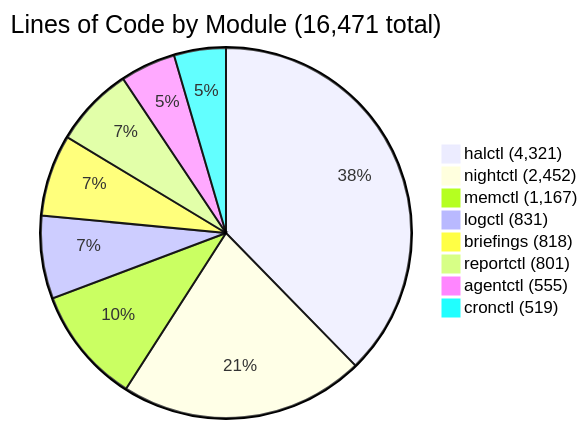
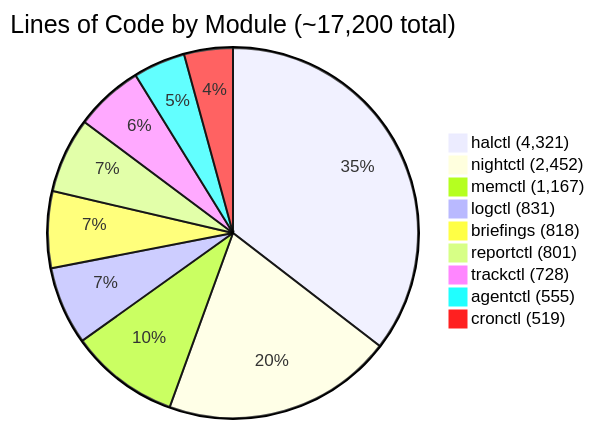
The second of 4 diagrams in docs/d1/walkthrough/009-halos-ecosystem.md (rickhallett/halo), drawn with Mermaid before and after one commit. The commit also changed other lines of this file and 10 other files, not shown here.

First line of the commit message:
docs: walkthrough drift audit + system schematic in CLAUDE.md

````diff
--- a/docs/d1/walkthrough/009-halos-ecosystem.md
+++ b/docs/d1/walkthrough/009-halos-ecosystem.md
@@ -74,11 +77,12 @@
 ```mermaid
-pie title Lines of Code by Module (16,471 total)
+pie title Lines of Code by Module (~17,200 total)
     "halctl (4,321)" : 4321
     "nightctl (2,452)" : 2452
     "memctl (1,167)" : 1167
     "logctl (831)" : 831
     "briefings (818)" : 818
     "reportctl (801)" : 801
+    "trackctl (728)" : 728
     "agentctl (555)" : 555
     "cronctl (519)" : 519
 ```
````
